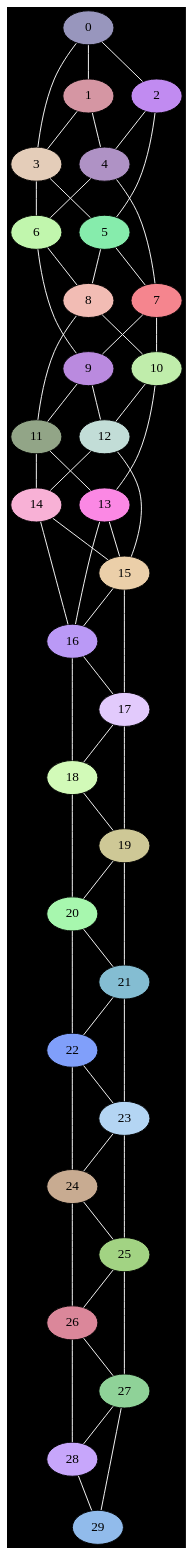
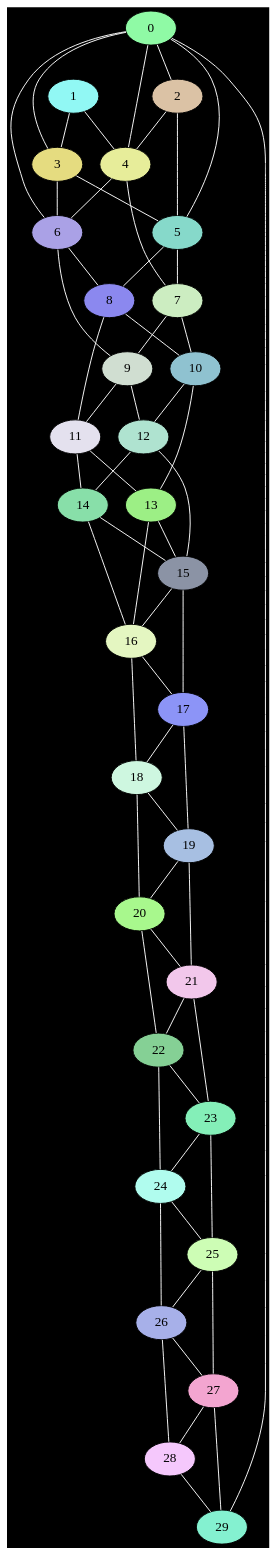
Before and after one commit to Omar-Montaser/Social-Sphere: the diagram in graph.dot, drawn with Graphviz. The commit also changed 7 other files, not shown here.

```diff
--- a/graph.dot
+++ b/graph.dot
@@ -1,92 +1,95 @@
 graph G {
     bgcolor=black;
     edge [color=white];
-    0 [style=filled, fillcolor="#9896BD"];
-    0 -- 1;
+    0 [style=filled, fillcolor="#8FFAA5"];
     0 -- 2;
     0 -- 3;
-    1 [style=filled, fillcolor="#D596A3"];
+    0 -- 4;
+    0 -- 5;
+    0 -- 6;
+    0 -- 29;
+    1 [style=filled, fillcolor="#91F8F4"];
     1 -- 3;
     1 -- 4;
-    2 [style=filled, fillcolor="#C18BF1"];
+    2 [style=filled, fillcolor="#DBC2A5"];
     2 -- 4;
     2 -- 5;
-    3 [style=filled, fillcolor="#E4CDB9"];
+    3 [style=filled, fillcolor="#E5DC80"];
     3 -- 5;
     3 -- 6;
-    4 [style=filled, fillcolor="#AF92C5"];
+    4 [style=filled, fillcolor="#E7ED9A"];
     4 -- 6;
     4 -- 7;
-    5 [style=filled, fillcolor="#86ECAC"];
+    5 [style=filled, fillcolor="#86D9CA"];
     5 -- 7;
     5 -- 8;
-    6 [style=filled, fillcolor="#C1F6AD"];
+    6 [style=filled, fillcolor="#AAA1E6"];
     6 -- 8;
     6 -- 9;
-    7 [style=filled, fillcolor="#F5858E"];
+    7 [style=filled, fillcolor="#CCEDC1"];
     7 -- 9;
     7 -- 10;
-    8 [style=filled, fillcolor="#F2BCB4"];
+    8 [style=filled, fillcolor="#8B88EF"];
     8 -- 10;
     8 -- 11;
-    9 [style=filled, fillcolor="#BA8ADF"];
+    9 [style=filled, fillcolor="#D0DED1"];
     9 -- 11;
     9 -- 12;
-    10 [style=filled, fillcolor="#C0EDAB"];
+    10 [style=filled, fillcolor="#8FC2D0"];
     10 -- 12;
     10 -- 13;
-    11 [style=filled, fillcolor="#92A587"];
+    11 [style=filled, fillcolor="#E4E1EE"];
     11 -- 13;
     11 -- 14;
-    12 [style=filled, fillcolor="#C2DDD7"];
+    12 [style=filled, fillcolor="#AFE3D0"];
     12 -- 14;
     12 -- 15;
-    13 [style=filled, fillcolor="#FB88E4"];
+    13 [style=filled, fillcolor="#9CEF85"];
     13 -- 15;
     13 -- 16;
-    14 [style=filled, fillcolor="#F8B1D6"];
+    14 [style=filled, fillcolor="#88DFA9"];
     14 -- 15;
     14 -- 16;
-    15 [style=filled, fillcolor="#EBCFA9"];
+    15 [style=filled, fillcolor="#8B93A5"];
     15 -- 16;
     15 -- 17;
-    16 [style=filled, fillcolor="#BA99F6"];
+    16 [style=filled, fillcolor="#E4F6C1"];
     16 -- 17;
     16 -- 18;
-    17 [style=filled, fillcolor="#E2CAFC"];
+    17 [style=filled, fillcolor="#8C94F7"];
     17 -- 18;
     17 -- 19;
-    18 [style=filled, fillcolor="#D2FAB8"];
+    18 [style=filled, fillcolor="#CEF7E0"];
     18 -- 19;
     18 -- 20;
-    19 [style=filled, fillcolor="#CEC896"];
+    19 [style=filled, fillcolor="#A7BFE2"];
     19 -- 20;
     19 -- 21;
-    20 [style=filled, fillcolor="#A7F7AE"];
+    20 [style=filled, fillcolor="#A8F88D"];
     20 -- 21;
     20 -- 22;
-    21 [style=filled, fillcolor="#84BDD2"];
+    21 [style=filled, fillcolor="#F2C7EB"];
     21 -- 22;
     21 -- 23;
-    22 [style=filled, fillcolor="#809FFA"];
+    22 [style=filled, fillcolor="#85D095"];
     22 -- 23;
     22 -- 24;
-    23 [style=filled, fillcolor="#B4D5F3"];
+    23 [style=filled, fillcolor="#84EFB8"];
     23 -- 24;
     23 -- 25;
-    24 [style=filled, fillcolor="#C8AB91"];
+    24 [style=filled, fillcolor="#B0FCEE"];
     24 -- 25;
     24 -- 26;
-    25 [style=filled, fillcolor="#A2D383"];
+    25 [style=filled, fillcolor="#CDFDB5"];
     25 -- 26;
     25 -- 27;
-    26 [style=filled, fillcolor="#DB879A"];
+    26 [style=filled, fillcolor="#A7B0E9"];
     26 -- 27;
     26 -- 28;
-    27 [style=filled, fillcolor="#8FD298"];
+    27 [style=filled, fillcolor="#F3A5D0"];
     27 -- 28;
     27 -- 29;
-    28 [style=filled, fillcolor="#C7A6FB"];
+    28 [style=filled, fillcolor="#F5C8FC"];
     28 -- 29;
-    29 [style=filled, fillcolor="#91BBEB"];
+    29 [style=filled, fillcolor="#84F1D0"];
 }
```
